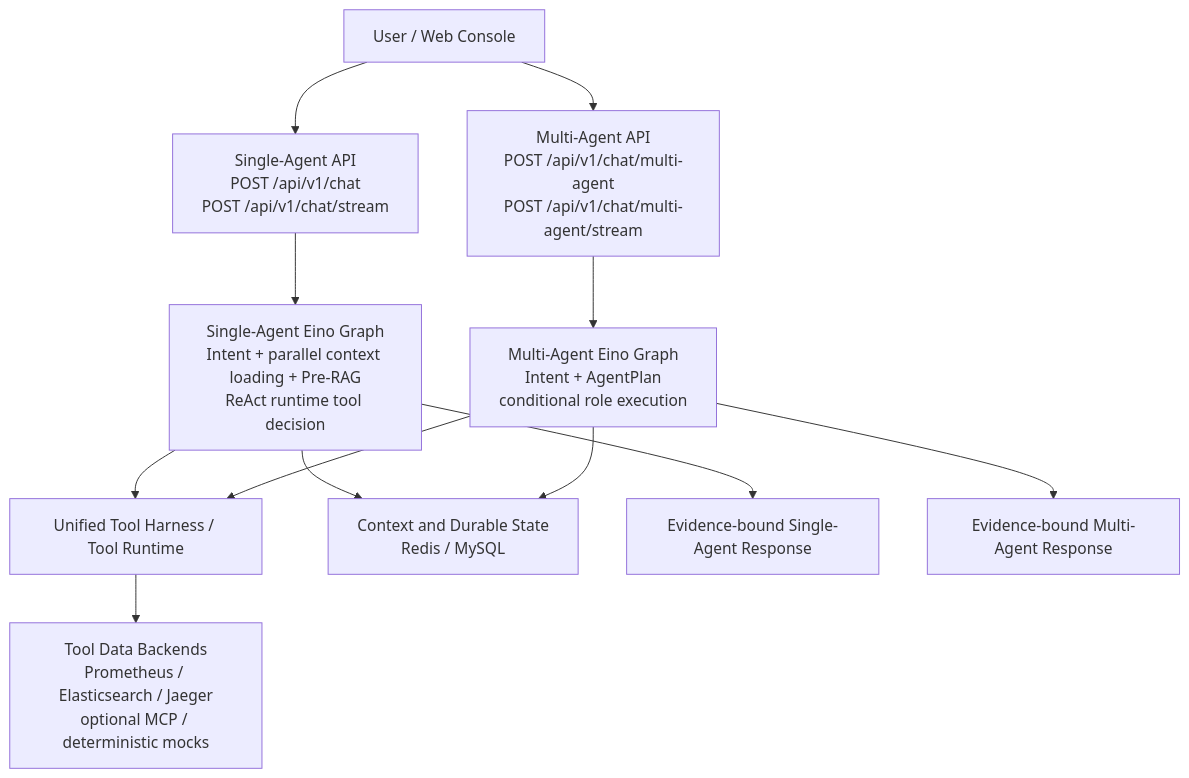
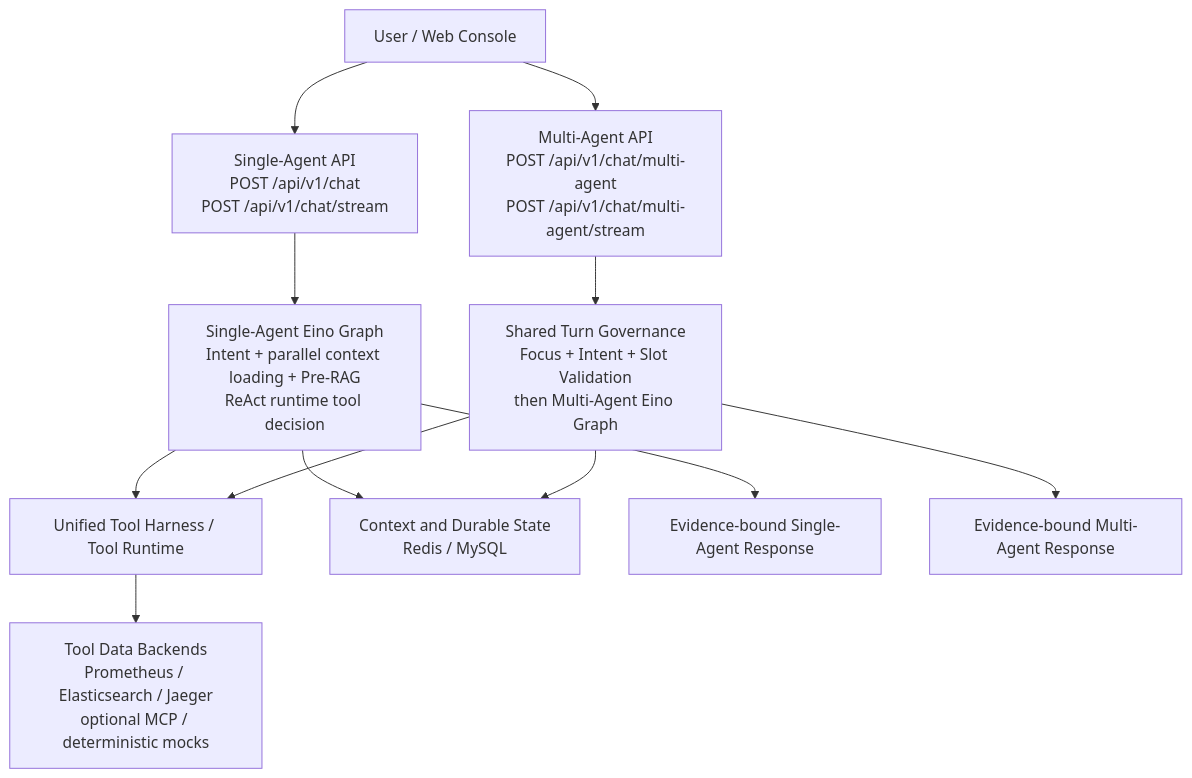
One commit to jiawei-wang-dev/WatchOps-Lite changed the first of 9 diagrams in README.md. Above: the diagram before and after it, drawn with Mermaid. The commit also changed other lines of this file and 16 other files, not shown here.

Commit message:
feat: add turn governance to multi-agent

````diff
--- a/README.md
+++ b/README.md
@@ -54,21 +54,21 @@
 ```mermaid
 flowchart TB
     U["User / Web Console"]
 
     U --> SAAPI["Single-Agent API<br/>POST /api/v1/chat<br/>POST /api/v1/chat/stream"]
     U --> MAAPI["Multi-Agent API<br/>POST /api/v1/chat/multi-agent<br/>POST /api/v1/chat/multi-agent/stream"]
 
     SAAPI --> SA["Single-Agent Eino Graph<br/>Intent + parallel context loading + Pre-RAG<br/>ReAct runtime tool decision"]
-    MAAPI --> MA["Multi-Agent Eino Graph<br/>Intent + AgentPlan<br/>conditional role execution"]
+    MAAPI --> MA["Shared Turn Governance<br/>Focus + Intent + Slot Validation<br/>then Multi-Agent Eino Graph"]
 
     SA --> TH["Unified Tool Harness / Tool Runtime"]
     MA --> TH
 
     TH --> DATA["Tool Data Backends<br/>Prometheus / Elasticsearch / Jaeger<br/>optional MCP / deterministic mocks"]
 
     SA --> MEMORY["Context and Durable State<br/>Redis / MySQL"]
     MA --> MEMORY
 
     SA --> SAR["Evidence-bound Single-Agent Response"]
     MA --> MAR["Evidence-bound Multi-Agent Response"]
 ```
````
